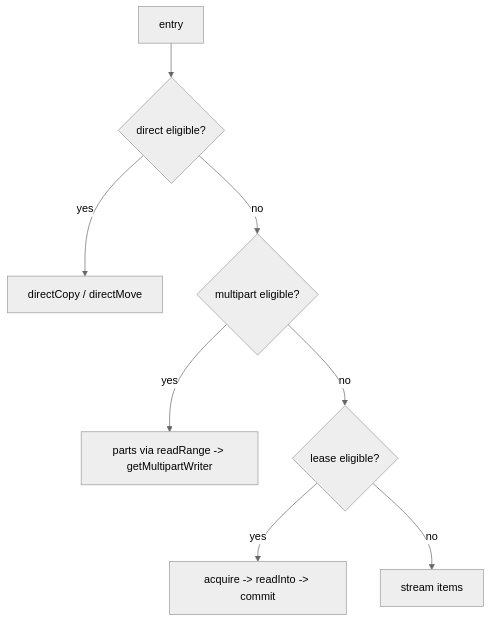
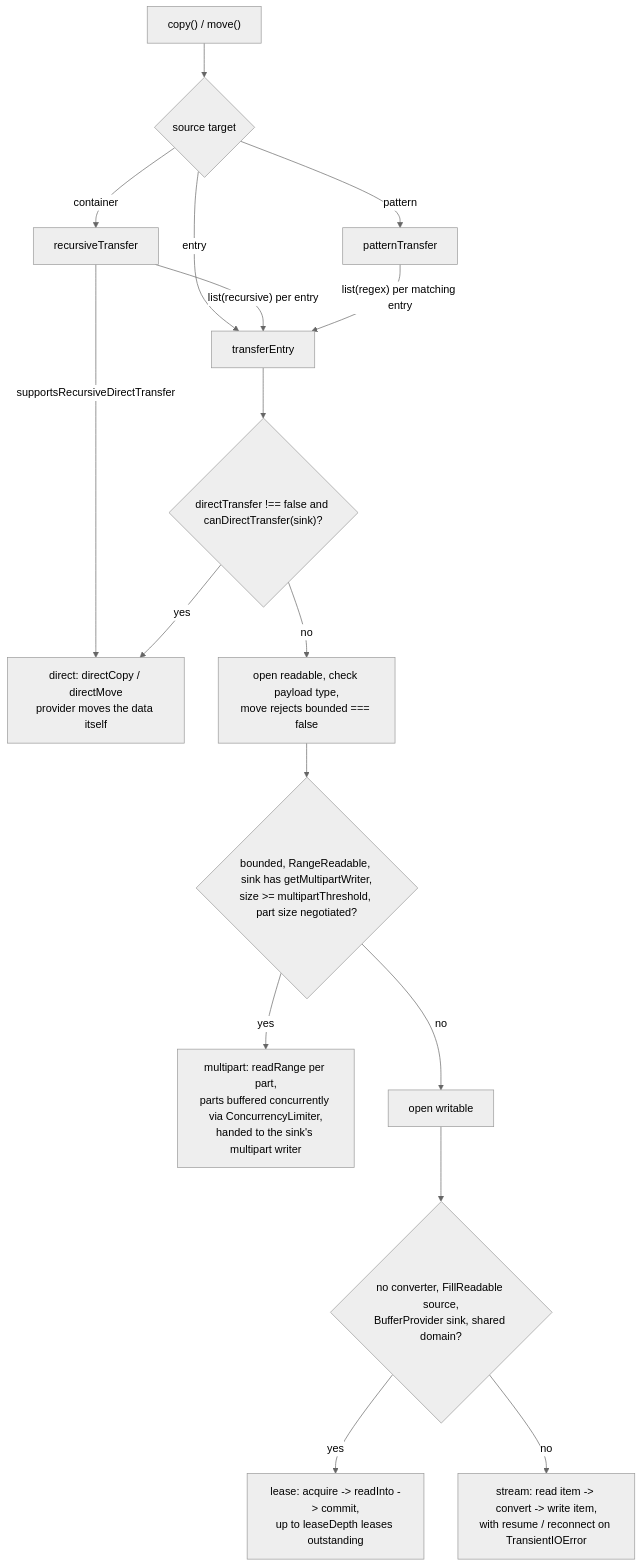
The first of 7 diagrams in README/implementation-details.md (flowscripter/pluggable-io-framework), drawn with Mermaid (neutral theme) before and after one commit. The commit also changed other lines of this file and 1 other file, not shown here.

First line of the commit message:
docs: add transfer, concurrency, decorator and registry diagrams

````diff
--- a/README/implementation-details.md
+++ b/README/implementation-details.md
@@ -22,10 +22,19 @@
 ```mermaid
 flowchart TD
-    A[entry] --> B{direct eligible?}
-    B -- yes --> C[directCopy / directMove]
-    B -- no --> D{multipart eligible?}
-    D -- yes --> E[parts via readRange -> getMultipartWriter]
-    D -- no --> F{lease eligible?}
-    F -- yes --> G[acquire -> readInto -> commit]
-    F -- no --> H[stream items]
+    CM["copy() / move()"] --> T{source target}
+    T -- entry --> E[transferEntry]
+    T -- container --> R[recursiveTransfer]
+    T -- pattern --> P[patternTransfer]
+    R -- "supportsRecursiveDirectTransfer" --> DC
+    R -- "list(recursive) per entry" --> E
+    P -- "list(regex) per matching entry" --> E
+    E --> D{"directTransfer !== false and canDirectTransfer(sink)?"}
+    D -- yes --> DC["direct: directCopy / directMove<br/>provider moves the data itself"]
+    D -- no --> O["open readable, check payload type,<br/>move rejects bounded === false"]
+    O --> M{"bounded, RangeReadable, sink has getMultipartWriter,<br/>size >= multipartThreshold, part size negotiated?"}
+    M -- yes --> MP["multipart: readRange per part,<br/>parts buffered concurrently via ConcurrencyLimiter,<br/>handed to the sink's multipart writer"]
+    M -- no --> W[open writable]
+    W --> L{"no converter, FillReadable source,<br/>BufferProvider sink, shared domain?"}
+    L -- yes --> LE["lease: acquire -> readInto -> commit,<br/>up to leaseDepth leases outstanding"]
+    L -- no --> S["stream: read item -> convert -> write item,<br/>with resume / reconnect on TransientIOError"]
 ```
````
